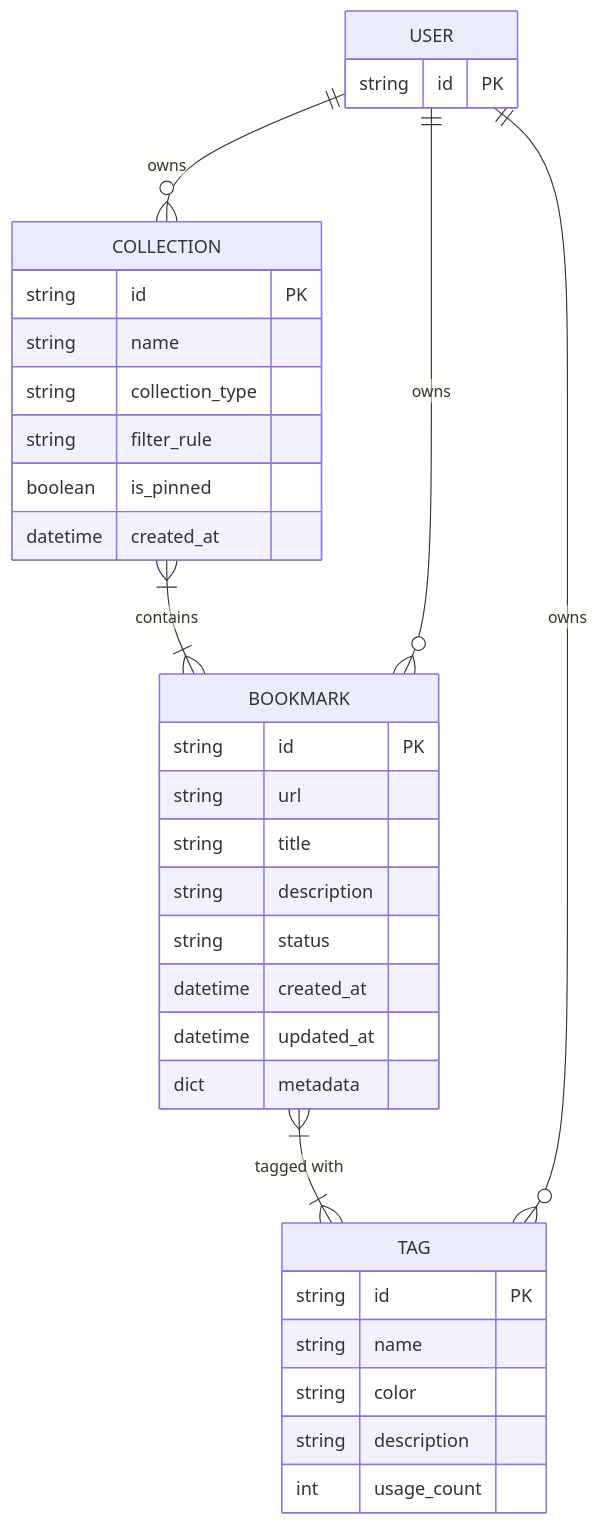
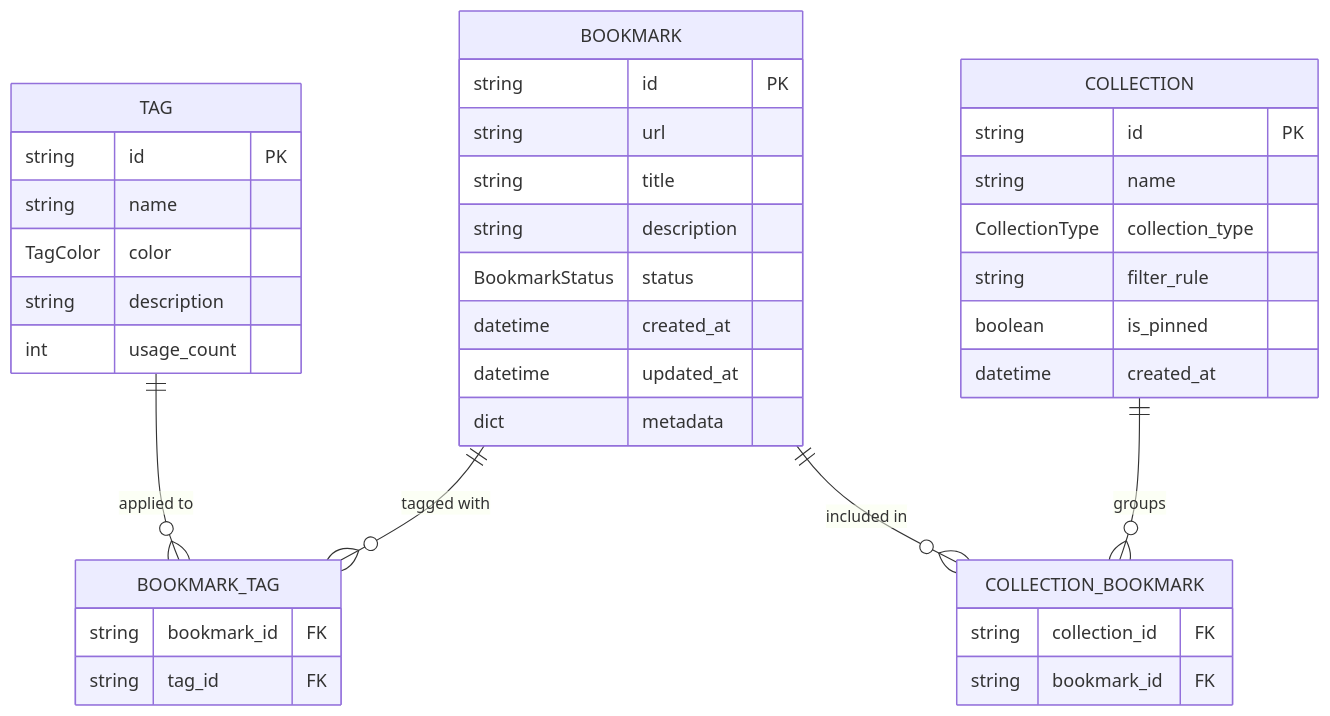
The diagram in docs/v1/architecture/architecture-overview/bookmark-domain-entity-relationship-diagram.md (kaisen99/etchblok-test-api), drawn with Mermaid before and after one commit. The commit also changed other lines of this file and 105 other files, not shown here.

````diff
--- a/docs/v1/architecture/architecture-overview/bookmark-domain-entity-relationship-diagram.md
+++ b/docs/v1/architecture/architecture-overview/bookmark-domain-entity-relationship-diagram.md
@@ -22,40 +27,45 @@
 ```mermaid
 erDiagram
-    BOOKMARK }|--|{ TAG : "tagged with"
-    COLLECTION }|--|{ BOOKMARK : "contains"
-    USER ||--o{ BOOKMARK : "owns"
-    USER ||--o{ COLLECTION : "owns"
-    USER ||--o{ TAG : "owns"
+    BOOKMARK ||--o{ BOOKMARK_TAG : "tagged with"
+    TAG ||--o{ BOOKMARK_TAG : "applied to"
+    COLLECTION ||--o{ COLLECTION_BOOKMARK : "groups"
+    BOOKMARK ||--o{ COLLECTION_BOOKMARK : "included in"
 
     BOOKMARK {
         string id PK
         string url
         string title
         string description
-        string status
+        BookmarkStatus status
         datetime created_at
         datetime updated_at
         dict metadata
     }
 
     TAG {
         string id PK
         string name
-        string color
+        TagColor color
         string description
         int usage_count
     }
 
     COLLECTION {
         string id PK
         string name
-        string collection_type
+        CollectionType collection_type
         string filter_rule
         boolean is_pinned
         datetime created_at
     }
 
-    USER {
-        string id PK
+    BOOKMARK_TAG {
+        string bookmark_id FK
+        string tag_id FK
+    }
+
+    COLLECTION_BOOKMARK {
+        string collection_id FK
+        string bookmark_id FK
     }
 ```
````
